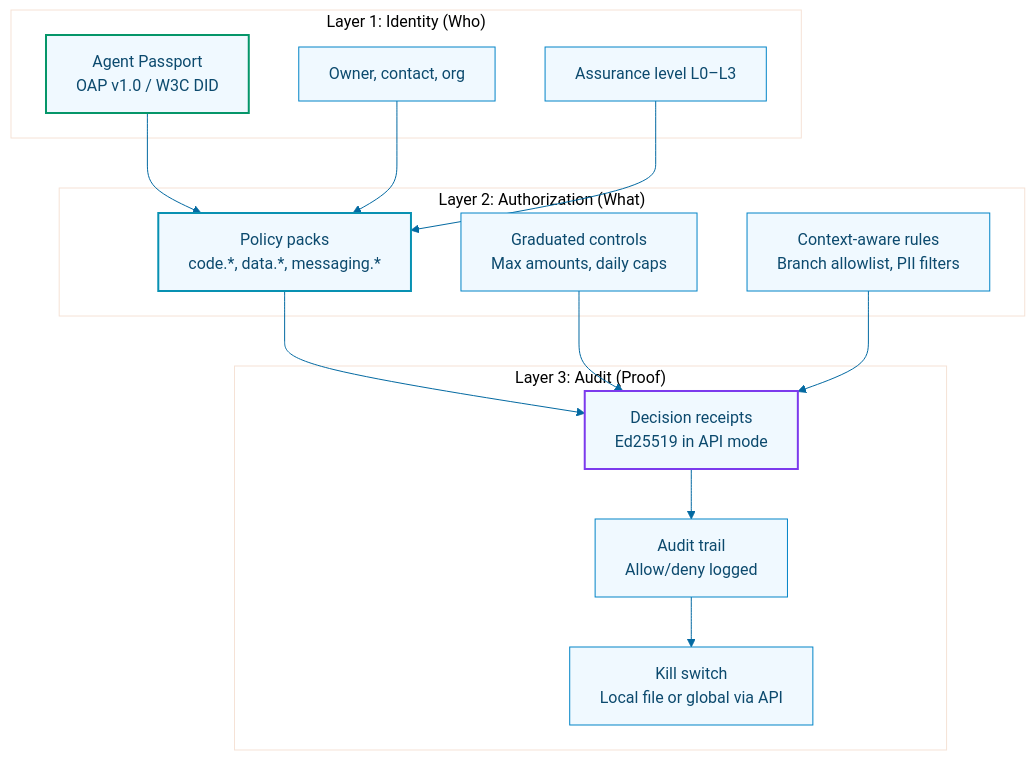
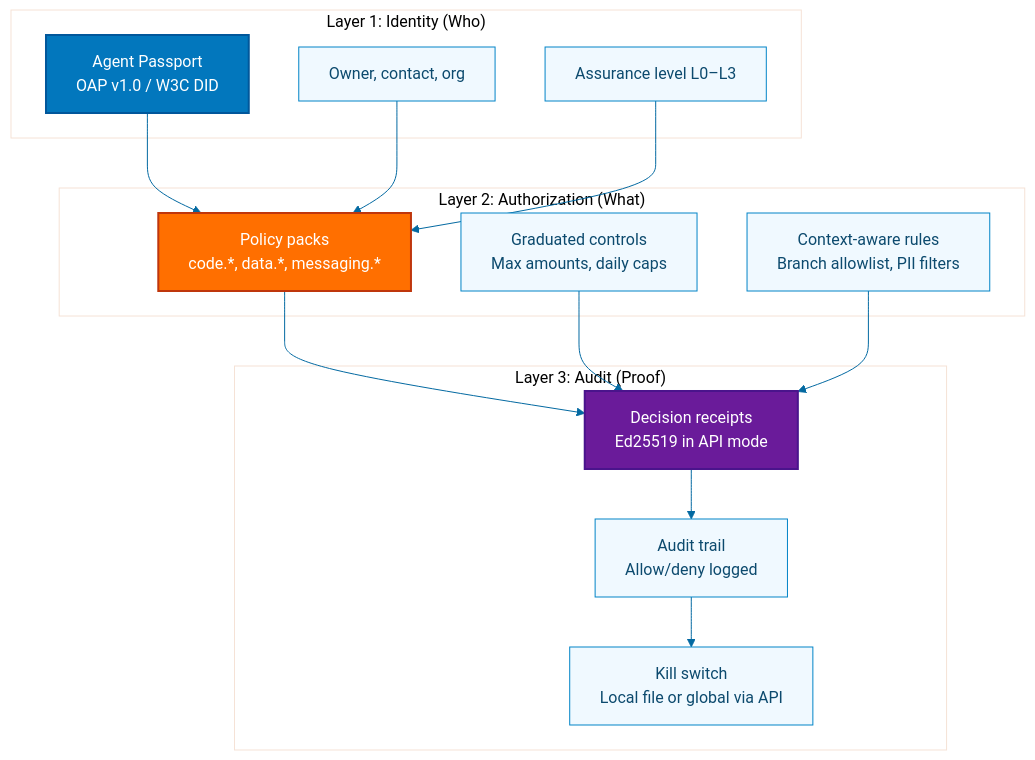
One commit to aporthq/aport-agent-guardrails changed the third of 5 diagrams in README.md. Above: the diagram before and after it, drawn with Mermaid. The commit also changed other lines of this file and 3 other files, not shown here.

Commit message:
Release 1.0.6: README mermaid colors from issue #2022, version and changelog

````diff
--- a/README.md
+++ b/README.md
@@ -252,34 +252,34 @@
 ```mermaid
 %%{init: {'theme':'base', 'themeVariables': {'primaryColor':'#f0f9ff','primaryTextColor':'#0c4a6e','primaryBorderColor':'#0284c7','lineColor':'#0369a1'}}}%%
 graph TB
   subgraph L1["Layer 1: Identity (Who)"]
     A[Agent Passport<br/>OAP v1.0 / W3C DID]
     B[Owner, contact, org]
     C[Assurance level L0–L3]
   end
 
   subgraph L2["Layer 2: Authorization (What)"]
     D[Policy packs<br/>code.*, data.*, messaging.*]
     E[Graduated controls<br/>Max amounts, daily caps]
     F[Context-aware rules<br/>Branch allowlist, PII filters]
   end
 
   subgraph L3["Layer 3: Audit (Proof)"]
     G[Decision receipts<br/>Ed25519 in API mode]
     H[Audit trail<br/>Allow/deny logged]
     I[Kill switch<br/>Local file or global via API]
   end
 
   A --> D
   B --> D
   C --> D
   D --> G
   E --> G
   F --> G
   G --> H
   H --> I
 
-  style A stroke:#059669,stroke-width:2px
-  style D stroke:#0891b2,stroke-width:2px
-  style G stroke:#7c3aed,stroke-width:2px
+  style A fill:#0277bd,stroke:#01579b,stroke-width:2px,color:#fff
+  style D fill:#ff6f00,stroke:#bf360c,stroke-width:2px,color:#fff
+  style G fill:#6a1b9a,stroke:#4a148c,stroke-width:2px,color:#fff
 ```
````
